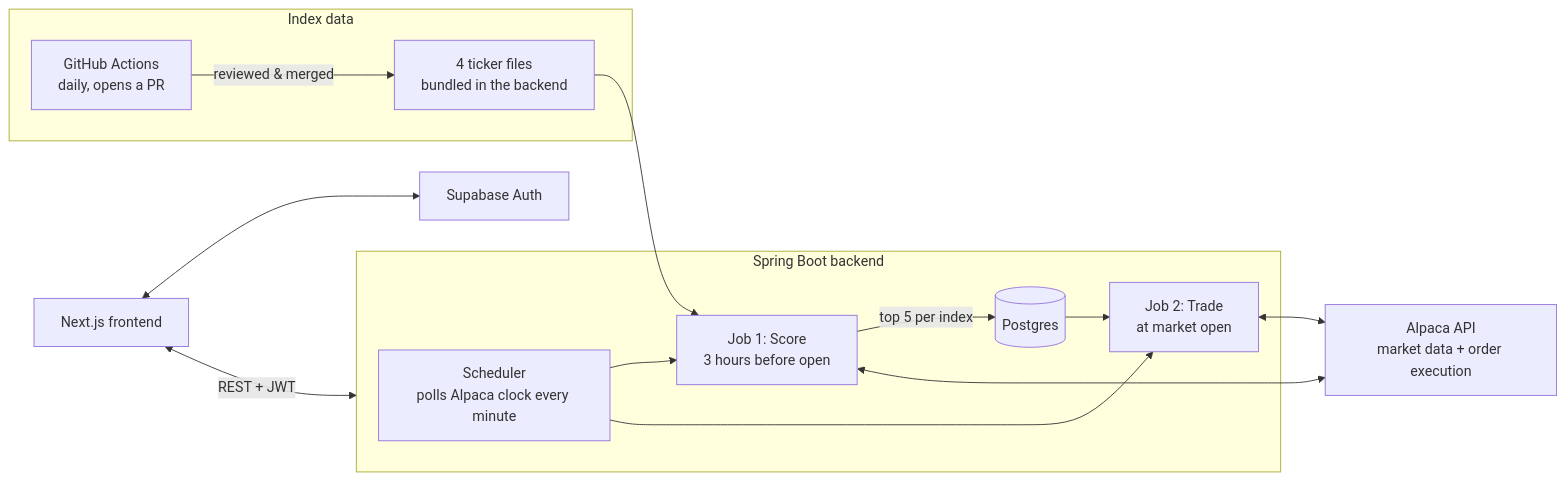
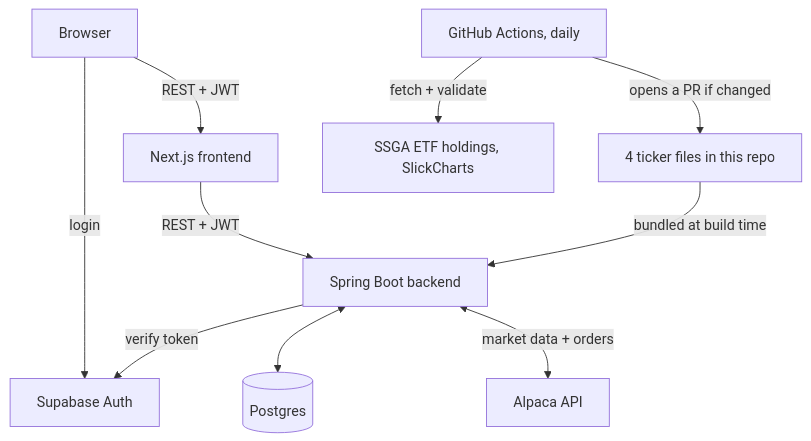
The first of 3 diagrams in README.md (shivam-tamboli/momentum-trading-system), drawn with Mermaid before and after one commit. The commit also changed other lines of this file, not shown here.

````diff
--- a/README.md
+++ b/README.md
@@ -9,28 +9,13 @@
 ```mermaid
-flowchart LR
-    subgraph Data["Index data"]
-        GH[GitHub Actions<br/>daily, opens a PR]
-        FILES[4 ticker files<br/>bundled in the backend]
-        GH -->|reviewed & merged| FILES
-    end
+flowchart TB
+    User[Browser] -->|login| Supabase[Supabase Auth]
+    User -->|REST + JWT| FE[Next.js frontend]
+    FE -->|REST + JWT| BE[Spring Boot backend]
+    BE -->|verify token| Supabase
+    BE <--> DB[(Postgres)]
+    BE <-->|market data + orders| Alpaca[Alpaca API]
 
-    subgraph Backend["Spring Boot backend"]
-        SCHED[Scheduler<br/>polls Alpaca clock every minute]
-        SCORE[Job 1: Score<br/>3 hours before open]
-        TRADE[Job 2: Trade<br/>at market open]
-        DB[(Postgres)]
-        SCHED --> SCORE
-        SCHED --> TRADE
-        FILES --> SCORE
-        SCORE -->|top 5 per index| DB
-        DB --> TRADE
-    end
-
-    ALPACA[Alpaca API<br/>market data + order execution]
-    SCORE <--> ALPACA
-    TRADE <--> ALPACA
-
-    FE[Next.js frontend]
-    FE <-->|REST + JWT| Backend
-    FE <--> SUPA[Supabase Auth]
+    GHA[GitHub Actions, daily] -->|fetch + validate| Sources[SSGA ETF holdings, SlickCharts]
+    GHA -->|opens a PR if changed| Repo[4 ticker files in this repo]
+    Repo -->|bundled at build time| BE
 ```
````
